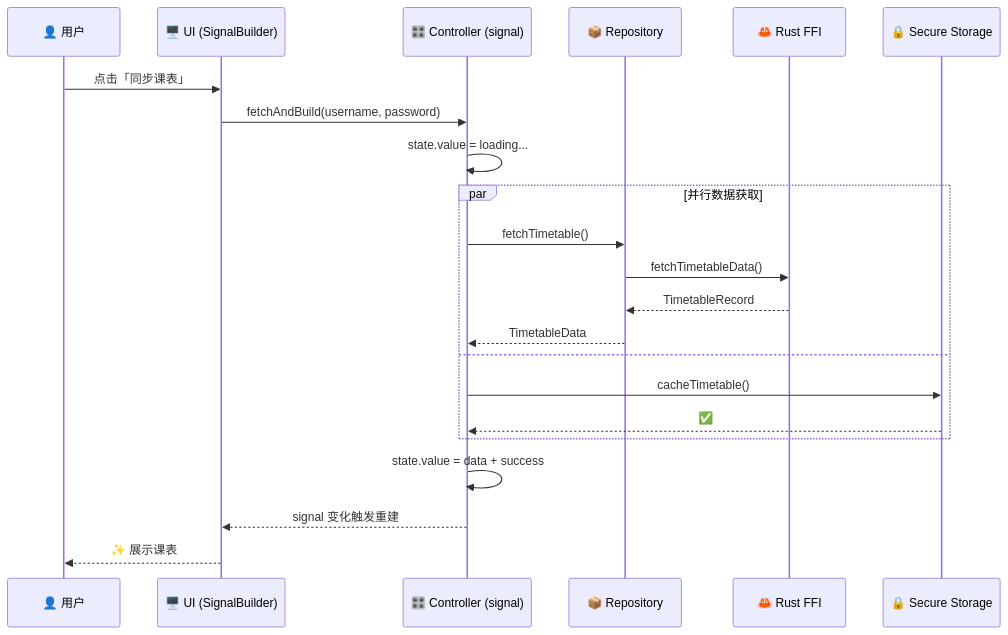
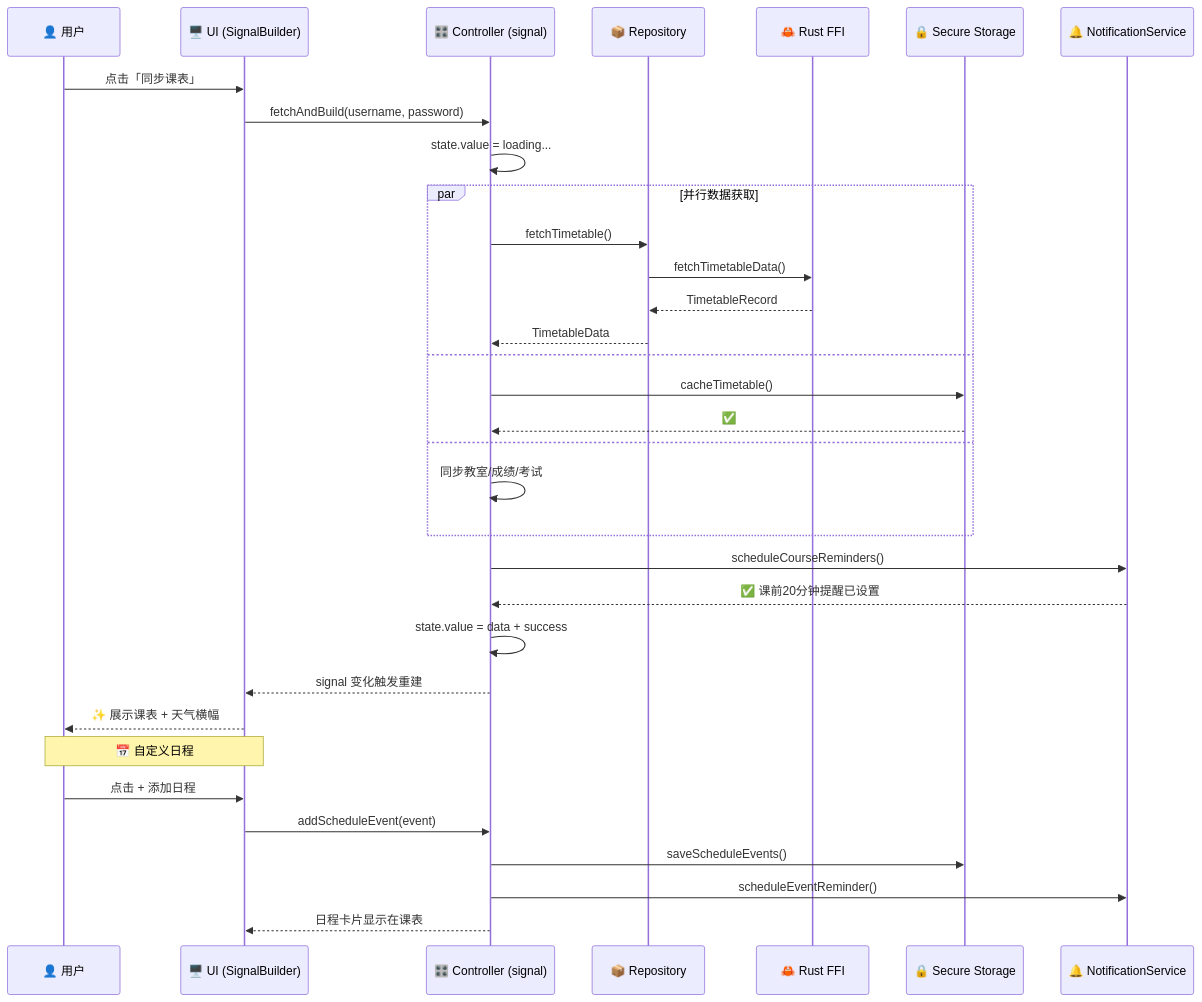
One commit to fans963/li_curriculum_table changed the second of 7 diagrams in README.md. Above: the diagram before and after it, drawn with Mermaid. The commit also changed other lines of this file and 242 other files, not shown here.

````diff
--- a/README.md
+++ b/README.md
@@ -71,27 +79,39 @@
 ```mermaid
 sequenceDiagram
     participant U as 👤 用户
     participant UI as 🖥️ UI (SignalBuilder)
     participant Ctrl as 🎛️ Controller (signal)
     participant Repo as 📦 Repository
     participant Rust as 🦀 Rust FFI
     participant Storage as 🔒 Secure Storage
+    participant Notif as 🔔 NotificationService
 
     U->>UI: 点击「同步课表」
     UI->>Ctrl: fetchAndBuild(username, password)
     Ctrl->>Ctrl: state.value = loading...
 
     par 并行数据获取
         Ctrl->>Repo: fetchTimetable()
         Repo->>Rust: fetchTimetableData()
         Rust-->>Repo: TimetableRecord
         Repo-->>Ctrl: TimetableData
     and
         Ctrl->>Storage: cacheTimetable()
         Storage-->>Ctrl: ✅
+    and
+        Ctrl->>Ctrl: 同步教室/成绩/考试
     end
 
+    Ctrl->>Notif: scheduleCourseReminders()
+    Notif-->>Ctrl: ✅ 课前20分钟提醒已设置
     Ctrl->>Ctrl: state.value = data + success
     Ctrl-->>UI: signal 变化触发重建
-    UI-->>U: ✨ 展示课表
+    UI-->>U: ✨ 展示课表 + 天气横幅
+
+    Note over U,UI: 📅 自定义日程
+    U->>UI: 点击 + 添加日程
+    UI->>Ctrl: addScheduleEvent(event)
+    Ctrl->>Storage: saveScheduleEvents()
+    Ctrl->>Notif: scheduleEventReminder()
+    Ctrl-->>UI: 日程卡片显示在课表
 ```
````
